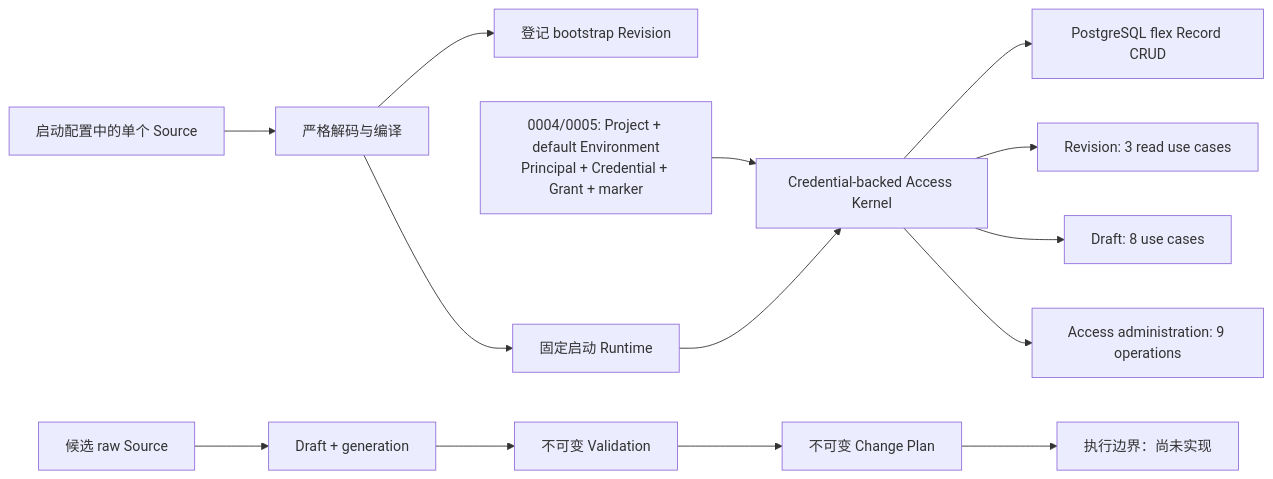
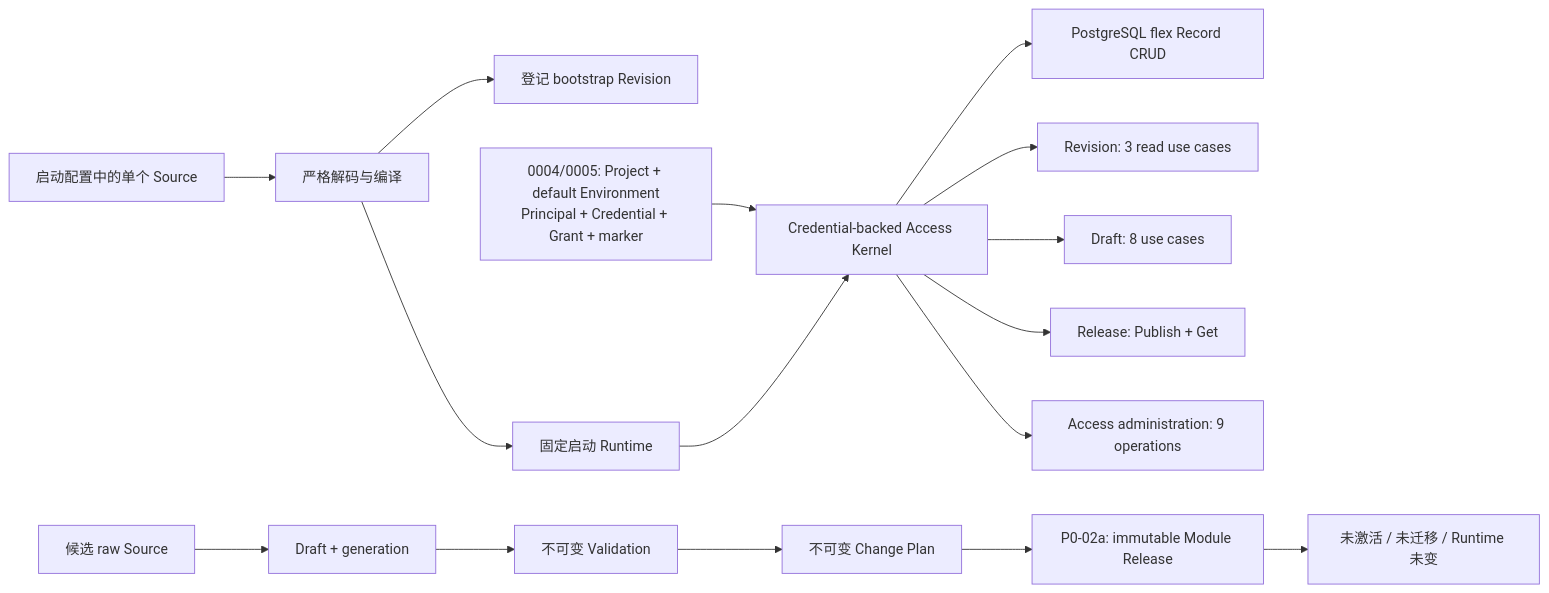
Before and after one commit to shezw/panvara: the first of 3 diagrams in docs/roadmap/server-core.md, drawn with Mermaid. The commit also changed other lines of this file and 58 other files, not shown here.

First line of the commit message:
feat(server): add immutable module publish facts

````diff
--- a/docs/roadmap/server-core.md
+++ b/docs/roadmap/server-core.md
@@ -31,17 +31,19 @@
 ```mermaid
 flowchart LR
     Source["启动配置中的单个 Source"] --> Compile["严格解码与编译"]
     Compile --> Registry["登记 bootstrap Revision"]
     Compile --> Runtime["固定启动 Runtime"]
     Scope["0004/0005: Project + default Environment<br/>Principal + Credential + Grant + marker"] --> Kernel["Credential-backed Access Kernel"]
     Runtime --> Kernel
     Kernel --> CRUD["PostgreSQL flex Record CRUD"]
     Kernel --> RegistryRead["Revision: 3 read use cases"]
     Kernel --> DraftUseCases["Draft: 8 use cases"]
+    Kernel --> ReleaseUseCases["Release: Publish + Get"]
     Kernel --> AccessAdmin["Access administration: 9 operations"]
 
     Candidate["候选 raw Source"] --> Draft["Draft + generation"]
     Draft --> Validate["不可变 Validation"]
     Validate --> Plan["不可变 Change Plan"]
-    Plan --> Stop["执行边界：尚未实现"]
+    Plan --> Publish["P0-02a: immutable Module Release"]
+    Publish --> PublishStop["未激活 / 未迁移 / Runtime 未变"]
 ```
````
